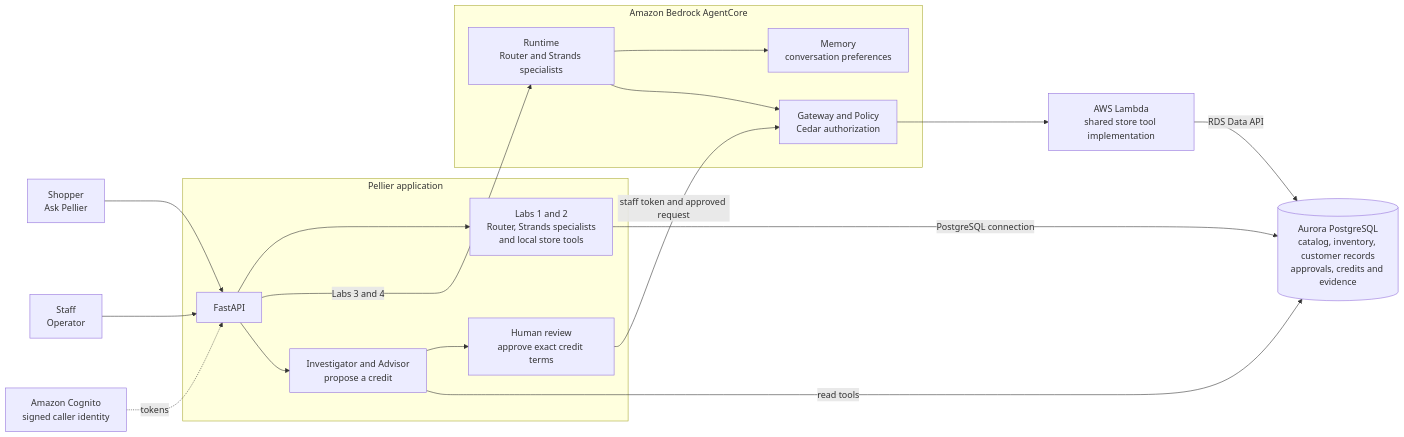
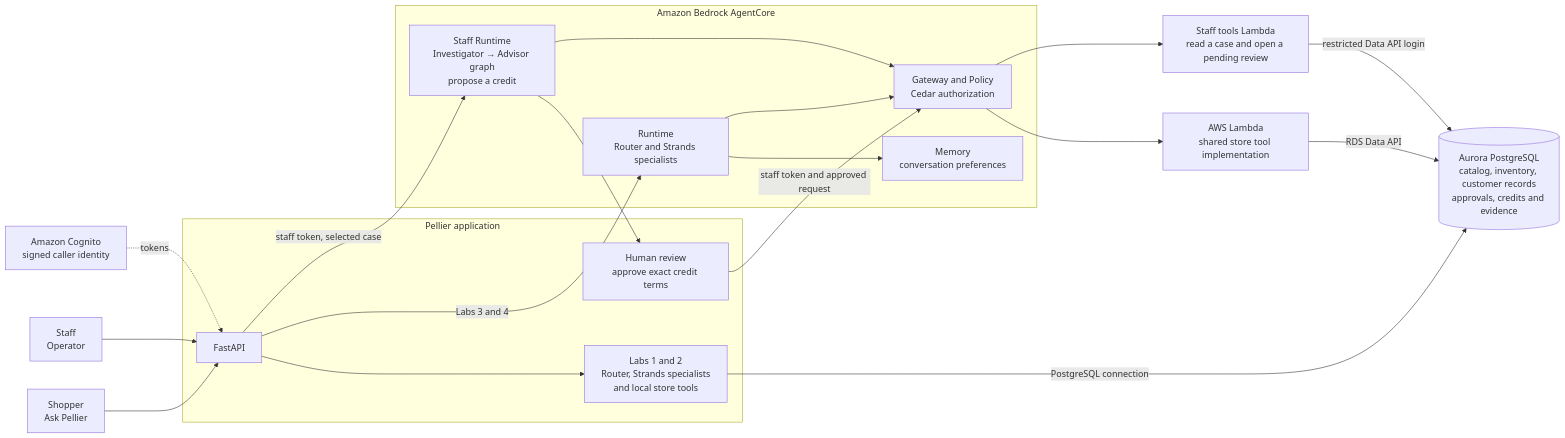
The diagram in README.md (aws-samples/sample-pellier-agentic-search-apg), drawn with Mermaid before and after one commit. The commit also changed other lines of this file and 67 other files, not shown here.

First line of the commit message:
Run the Operator graph on its own AgentCore Runtime

````diff
--- a/README.md
+++ b/README.md
@@ -45,33 +45,35 @@
 ```mermaid
 flowchart LR
   shopper["Shopper<br/>Ask Pellier"]
   staff["Staff<br/>Operator"]
   cognito["Amazon Cognito<br/>signed caller identity"]
 
   subgraph app["Pellier application"]
     api["FastAPI"]
     local["Labs 1 and 2<br/>Router, Strands specialists<br/>and local store tools"]
-    investigation["Investigator and Advisor<br/>propose a credit"]
     approval["Human review<br/>approve exact credit terms"]
   end
 
   subgraph agentcore["Amazon Bedrock AgentCore"]
     runtime["Runtime<br/>Router and Strands specialists"]
+    investigation["Staff Runtime<br/>Investigator → Advisor graph<br/>propose a credit"]
     gateway["Gateway and Policy<br/>Cedar authorization"]
     memory["Memory<br/>conversation preferences"]
   end
 
   lambda["AWS Lambda<br/>shared store tool implementation"]
+  stafftools["Staff tools Lambda<br/>read a case and open a pending review"]
   aurora[("Aurora PostgreSQL<br/>catalog, inventory, customer records<br/>approvals, credits and evidence")]
 
   shopper --> api
   staff --> api
   cognito -. tokens .-> api
   api --> local -->|PostgreSQL connection| aurora
   api -->|Labs 3 and 4| runtime
   runtime --> memory
   runtime --> gateway --> lambda -->|RDS Data API| aurora
-  api --> investigation --> approval
-  investigation -->|read tools| aurora
+  api -->|staff token, selected case| investigation --> approval
+  investigation --> gateway
+  gateway --> stafftools -->|restricted Data API login| aurora
   approval -->|staff token and approved request| gateway
 ```
````
